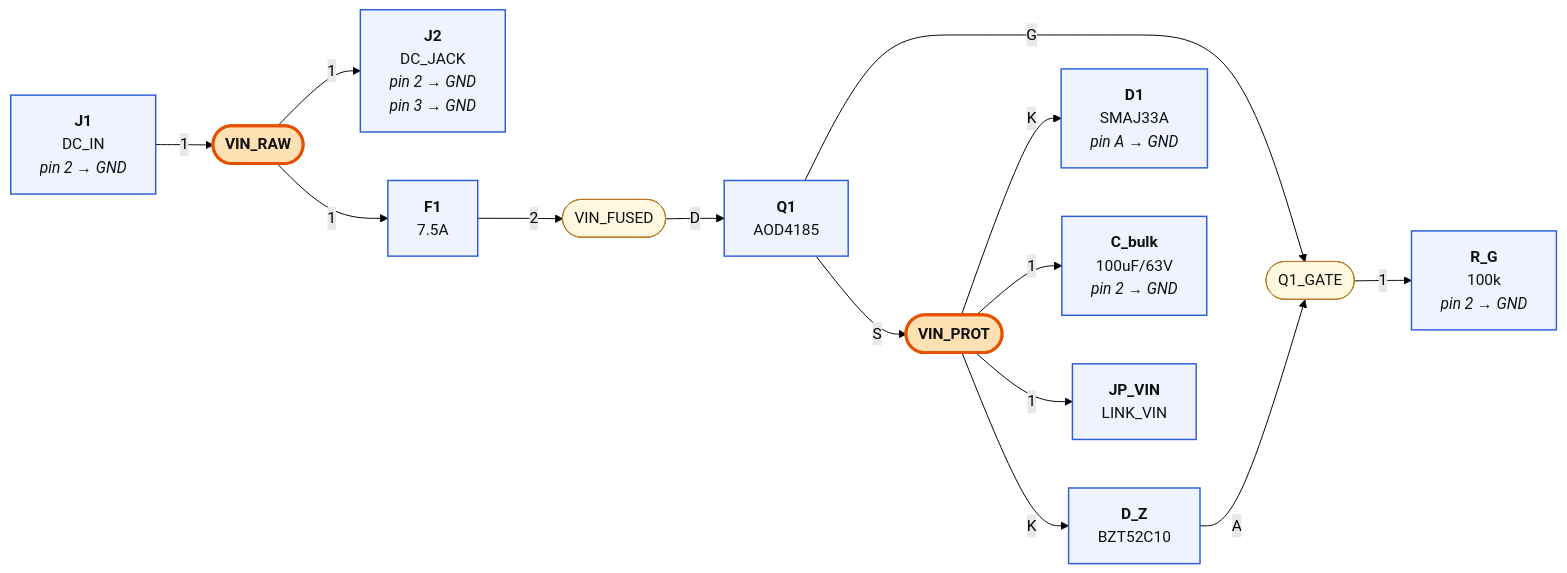
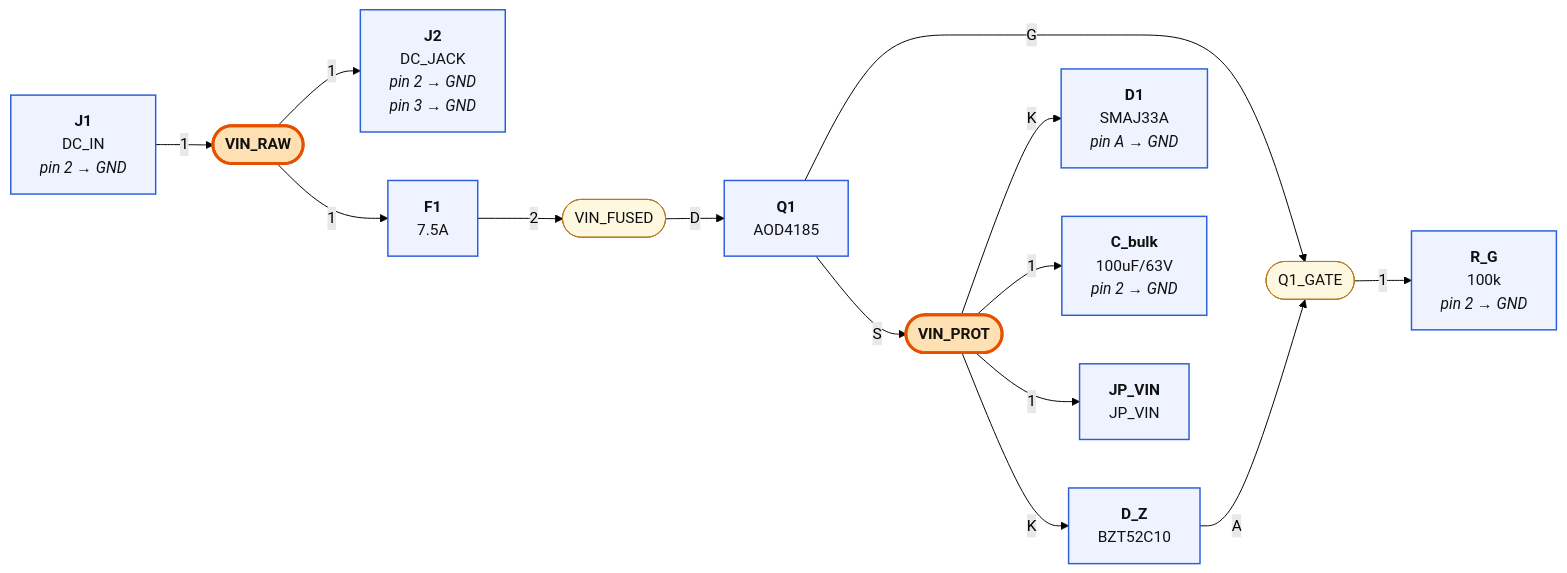
Before and after one commit to mrwillson2u/propmesh: the second of 4 diagrams in hardware/pro/sheets/01-power.diagram.md, drawn with Mermaid (forest theme). The commit also changed other lines of this file and 11 other files, not shown here.

````diff
--- a/hardware/pro/sheets/01-power.diagram.md
+++ b/hardware/pro/sheets/01-power.diagram.md
@@ -60,36 +60,36 @@
 ```mermaid
 graph LR
   classDef part fill:#eef3ff,stroke:#2b5fd9,stroke-width:1.5px,color:#111
   classDef net fill:#fff8e1,stroke:#b7791f,color:#111
   classDef rail fill:#ffe0b2,stroke:#e65100,stroke-width:3px,color:#111,font-weight:bold
   classDef badnet fill:#ffe0e0,stroke:#c00,stroke-width:3px,color:#111,font-weight:bold
   classDef absent fill:#fff,stroke:#c00,stroke-width:2px,stroke-dasharray:6 4,color:#c00
   classDef extra fill:#ffecec,stroke:#c00,stroke-width:2px,color:#111
   classDef dnp fill:#f5f5f5,stroke:#999,stroke-dasharray:3 3,color:#666
   N_VIN_RAW(["VIN_RAW"]):::rail
   P_J1["<b>J1</b><br/>DC_IN<br/><i>pin 2 → GND</i>"]:::part
   P_J1 --"1"--> N_VIN_RAW
   P_J2["<b>J2</b><br/>DC_JACK<br/><i>pin 2 → GND</i><br/><i>pin 3 → GND</i>"]:::part
   N_VIN_RAW --"1"--> P_J2
   P_F1["<b>F1</b><br/>7.5A"]:::part
   N_VIN_RAW --"1"--> P_F1
   N_VIN_FUSED(["VIN_FUSED"]):::net
   P_F1 --"2"--> N_VIN_FUSED
   P_Q1["<b>Q1</b><br/>AOD4185"]:::part
   N_VIN_FUSED --"D"--> P_Q1
   N_VIN_PROT(["VIN_PROT"]):::rail
   P_Q1 --"S"--> N_VIN_PROT
   P_D_Z["<b>D_Z</b><br/>BZT52C10"]:::part
   N_VIN_PROT --"K"--> P_D_Z
   P_D1["<b>D1</b><br/>SMAJ33A<br/><i>pin A → GND</i>"]:::part
   N_VIN_PROT --"K"--> P_D1
   P_C_bulk["<b>C_bulk</b><br/>100uF/63V<br/><i>pin 2 → GND</i>"]:::part
   N_VIN_PROT --"1"--> P_C_bulk
-  P_JP_VIN["<b>JP_VIN</b><br/>LINK_VIN"]:::part
+  P_JP_VIN["<b>JP_VIN</b><br/>JP_VIN"]:::part
   N_VIN_PROT --"1"--> P_JP_VIN
   N_Q1_GATE(["Q1_GATE"]):::net
   P_Q1 --"G"--> N_Q1_GATE
   P_D_Z --"A"--> N_Q1_GATE
   P_R_G["<b>R_G</b><br/>100k<br/><i>pin 2 → GND</i>"]:::part
   N_Q1_GATE --"1"--> P_R_G
 ```
````
